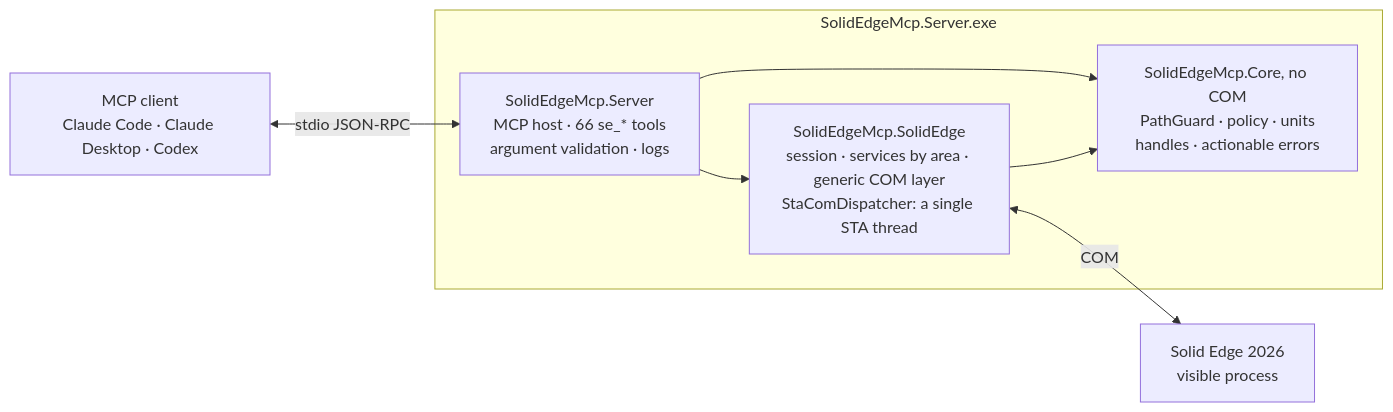
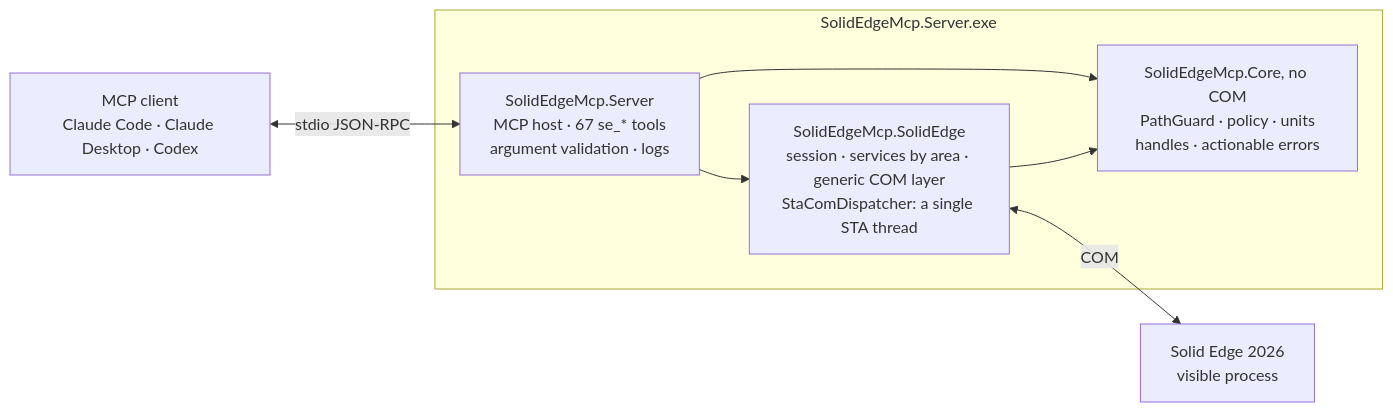
One commit to gabichuuuuu/solid-edge-mcp changed the diagram in README.md. Above: the diagram before and after it, drawn with Mermaid. The commit also changed other lines of this file and 9 other files, not shown here.

````diff
--- a/README.md
+++ b/README.md
@@ -310,18 +311,18 @@
 ```mermaid
 flowchart LR
     client["MCP client<br/>Claude Code · Claude Desktop · Codex"]
 
     subgraph exe ["SolidEdgeMcp.Server.exe"]
-        server["SolidEdgeMcp.Server<br/>MCP host · 66 se_* tools<br/>argument validation · logs"]
+        server["SolidEdgeMcp.Server<br/>MCP host · 67 se_* tools<br/>argument validation · logs"]
         se["SolidEdgeMcp.SolidEdge<br/>session · services by area · generic COM layer<br/>StaComDispatcher: a single STA thread"]
         core["SolidEdgeMcp.Core, no COM<br/>PathGuard · policy · units<br/>handles · actionable errors"]
         server --> se
         server --> core
         se --> core
     end
 
     app["Solid Edge 2026<br/>visible process"]
 
     client <-->|stdio JSON-RPC| server
     se <-->|COM| app
 ```
````
